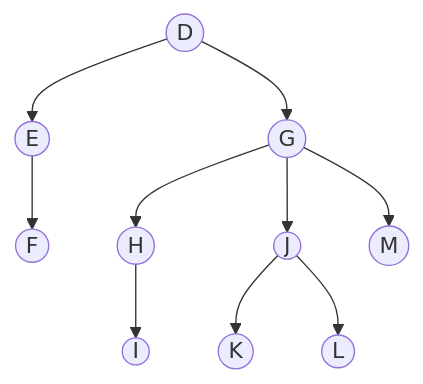
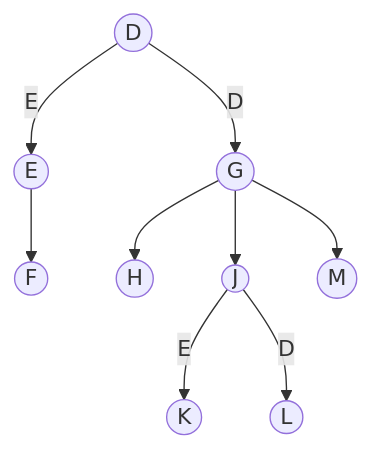
Before and after one commit to LambdaGeo/estrutura-dados: the first of 2 diagrams in docs/aulas/08_arvores_conceitos.md, drawn with Mermaid. The commit also changed other lines of this file and 88 other files, not shown here.

First line of the commit message:
"Substituir diagramas Mermaid por SVG com posição esquerda/direita garantida

````diff
--- a/docs/aulas/08_arvores_conceitos.md
+++ b/docs/aulas/08_arvores_conceitos.md
@@ -107,12 +107,11 @@
 ```mermaid
 graph TD
-    D((D)) --> E((E))
-    D --> G((G))
+    D((D)) -->|E| E((E))
+    D -->|D| G((G))
     E --> F((F))
     G --> H((H))
     G --> J((J))
     G --> M((M))
-    H --> I((I))
-    J --> K((K))
-    J --> L((L))
+    J -->|E| K((K))
+    J -->|D| L((L))
 ```
````
